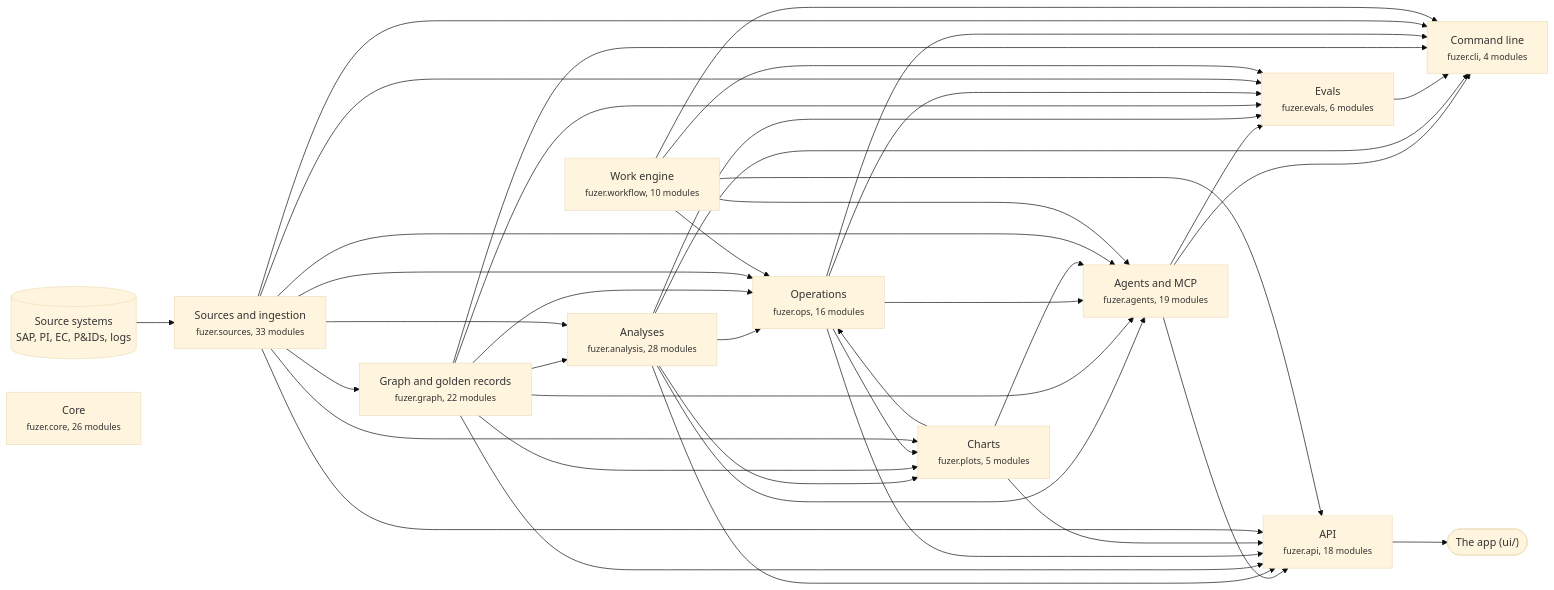
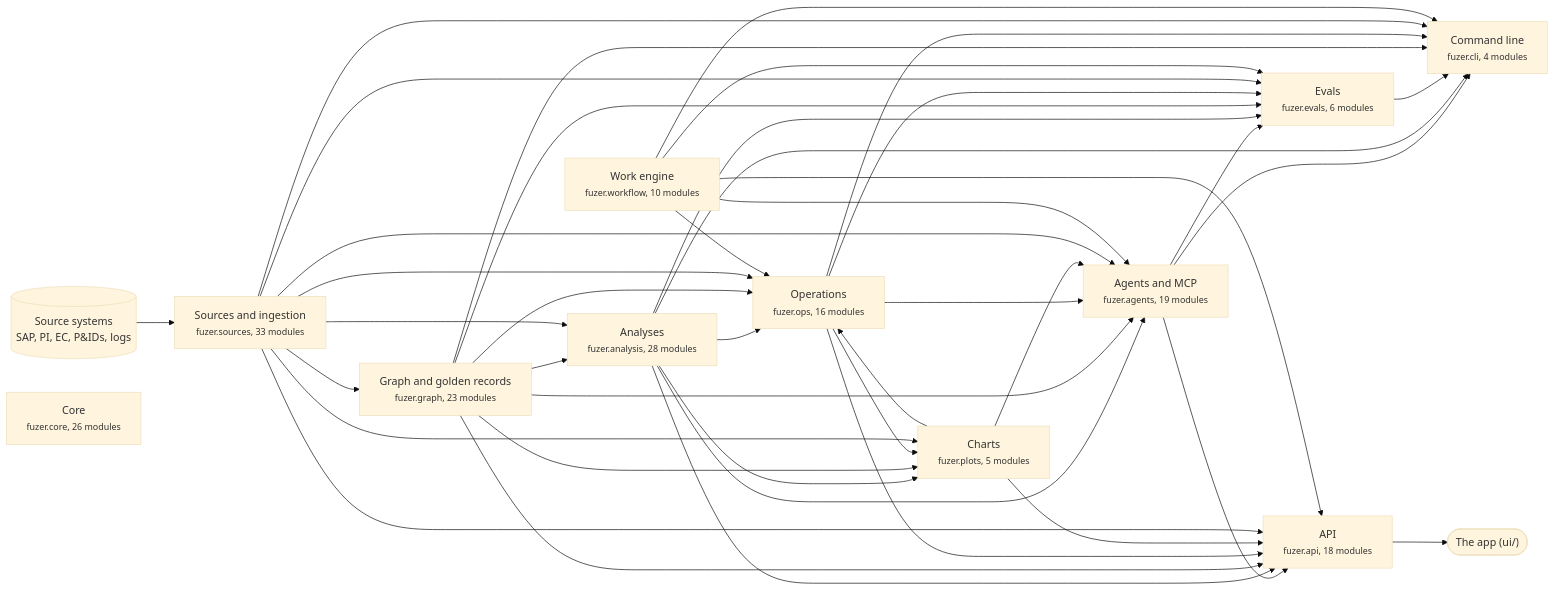
One commit to areed145/fuzer changed the first of 3 diagrams in docs/architecture.md. Above: the diagram before and after it, drawn with Mermaid (base theme). The commit also changed other lines of this file and 16 other files, not shown here.

````diff
--- a/docs/architecture.md
+++ b/docs/architecture.md
@@ -8,66 +8,66 @@
 ```mermaid
 flowchart LR
   systems[("Source systems<br>SAP, PI, EC, P&IDs, logs")] --> c_sources
   app(["The app (ui/)"])
   c_api --> app
   c_sources["Sources and ingestion<br><small>fuzer.sources, 33 modules</small>"]
-  c_graph["Graph and golden records<br><small>fuzer.graph, 22 modules</small>"]
+  c_graph["Graph and golden records<br><small>fuzer.graph, 23 modules</small>"]
   c_analysis["Analyses<br><small>fuzer.analysis, 28 modules</small>"]
   c_ops["Operations<br><small>fuzer.ops, 16 modules</small>"]
   c_plots["Charts<br><small>fuzer.plots, 5 modules</small>"]
   c_workflow["Work engine<br><small>fuzer.workflow, 10 modules</small>"]
   c_agents["Agents and MCP<br><small>fuzer.agents, 19 modules</small>"]
   c_evals["Evals<br><small>fuzer.evals, 6 modules</small>"]
   c_api["API<br><small>fuzer.api, 18 modules</small>"]
   c_cli["Command line<br><small>fuzer.cli, 4 modules</small>"]
   c_core["Core<br><small>fuzer.core, 26 modules</small>"]
   c_sources --> c_graph
   c_graph --> c_analysis
   c_sources --> c_analysis
   c_analysis --> c_ops
   c_graph --> c_ops
   c_plots --> c_ops
   c_sources --> c_ops
   c_workflow --> c_ops
   c_analysis --> c_plots
   c_graph --> c_plots
   c_ops --> c_plots
   c_sources --> c_plots
   c_analysis --> c_agents
   c_graph --> c_agents
   c_ops --> c_agents
   c_plots --> c_agents
   c_sources --> c_agents
   c_workflow --> c_agents
   c_agents --> c_evals
   c_analysis --> c_evals
   c_graph --> c_evals
   c_ops --> c_evals
   c_sources --> c_evals
   c_workflow --> c_evals
   c_agents --> c_api
   c_analysis --> c_api
   c_graph --> c_api
   c_ops --> c_api
   c_plots --> c_api
   c_sources --> c_api
   c_workflow --> c_api
   c_agents --> c_cli
   c_analysis --> c_cli
   c_evals --> c_cli
   c_graph --> c_cli
   c_ops --> c_cli
   c_sources --> c_cli
   c_workflow --> c_cli
   click c_sources "https://github.com/areed145/fuzer/tree/main/src/fuzer/sources"
   click c_graph "https://github.com/areed145/fuzer/tree/main/src/fuzer/graph"
   click c_analysis "https://github.com/areed145/fuzer/tree/main/src/fuzer/analysis"
   click c_ops "https://github.com/areed145/fuzer/tree/main/src/fuzer/ops"
   click c_plots "https://github.com/areed145/fuzer/tree/main/src/fuzer/plots"
   click c_workflow "https://github.com/areed145/fuzer/tree/main/src/fuzer/workflow"
   click c_agents "https://github.com/areed145/fuzer/tree/main/src/fuzer/agents"
   click c_evals "https://github.com/areed145/fuzer/tree/main/src/fuzer/evals"
   click c_api "https://github.com/areed145/fuzer/tree/main/src/fuzer/api"
   click c_cli "https://github.com/areed145/fuzer/tree/main/src/fuzer/cli"
   click c_core "https://github.com/areed145/fuzer/tree/main/src/fuzer/core"
 ```
````
